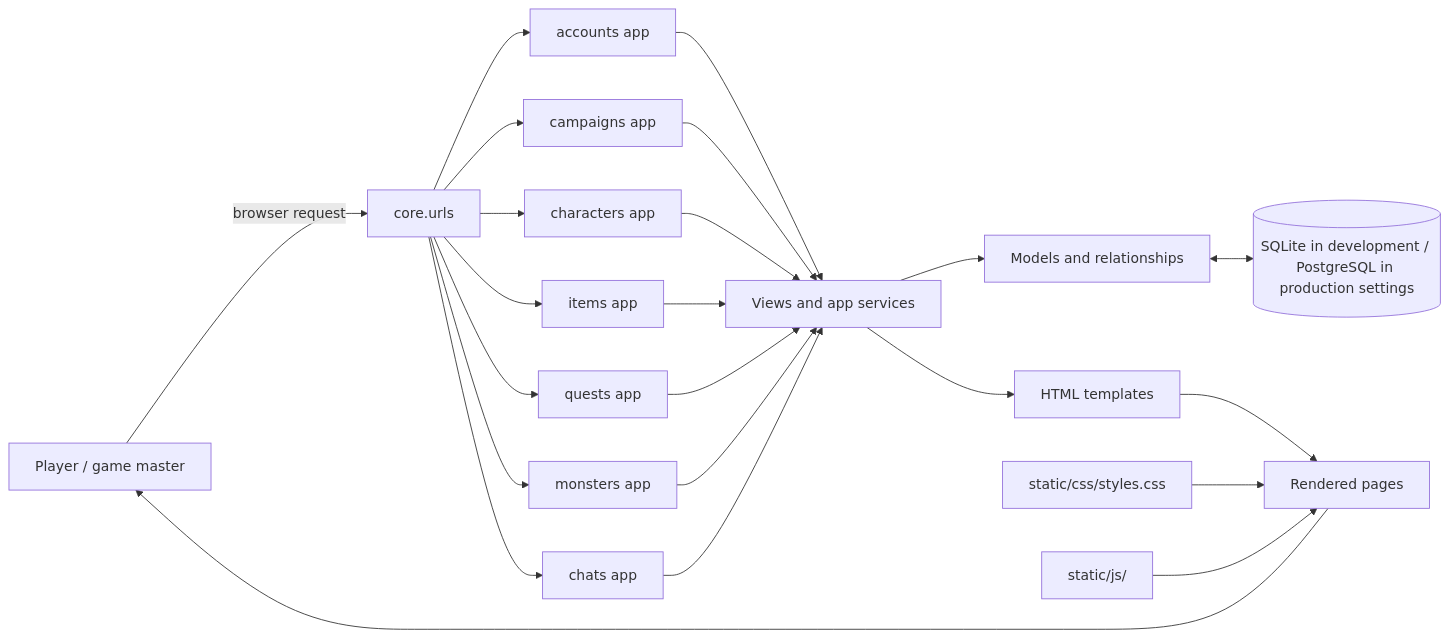
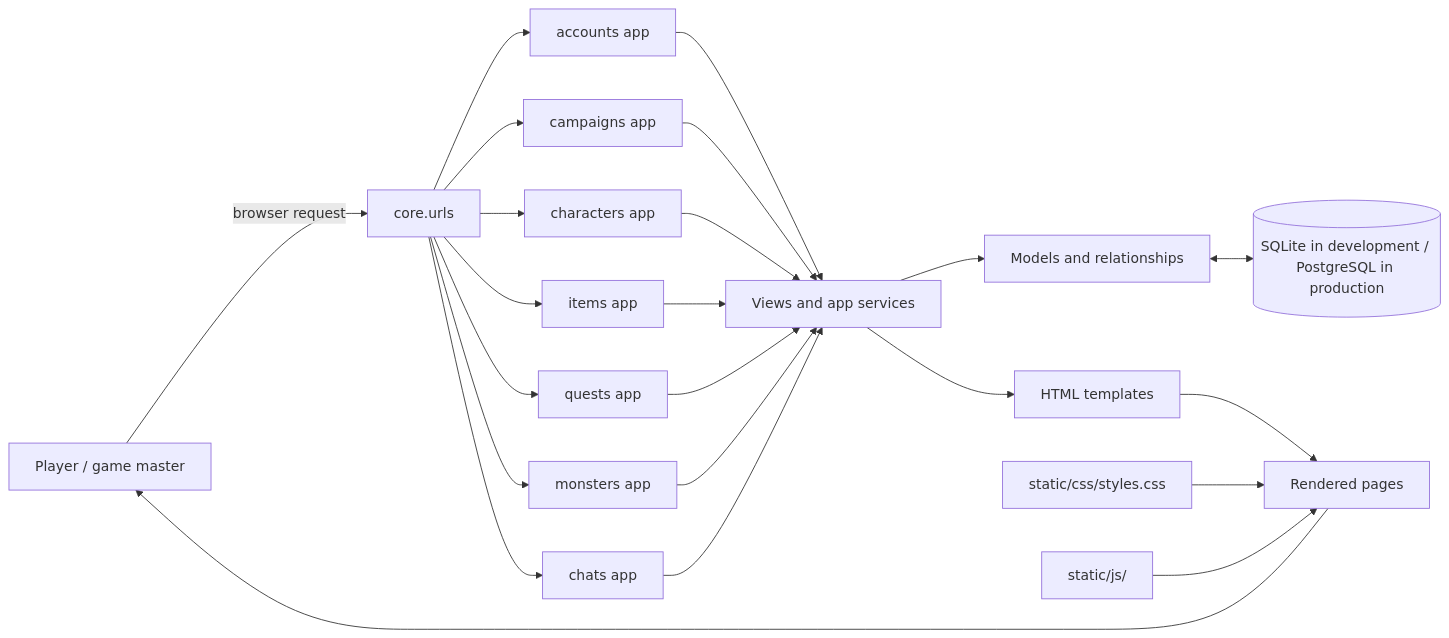
Before and after one commit to Aragorn-untold/Questforge: the first of 2 diagrams in PROJECT_OVERVIEW.md, drawn with Mermaid. The commit also changed other lines of this file and 4 other files, not shown here.

````diff
--- a/PROJECT_OVERVIEW.md
+++ b/PROJECT_OVERVIEW.md
@@ -7,27 +7,27 @@
 ```mermaid
 flowchart LR
     Player[Player / game master] -->|browser request| Routes[core.urls]
     Routes --> Accounts[accounts app]
     Routes --> Campaigns[campaigns app]
     Routes --> Characters[characters app]
     Routes --> Items[items app]
     Routes --> Quests[quests app]
     Routes --> Monsters[monsters app]
     Routes --> Chats[chats app]
 
     Accounts --> Views[Views and app services]
     Campaigns --> Views
     Characters --> Views
     Items --> Views
     Quests --> Views
     Monsters --> Views
     Chats --> Views
 
     Views --> Models[Models and relationships]
-    Models <--> Database[(SQLite in development / PostgreSQL in production settings)]
+    Models <--> Database[(SQLite in development / PostgreSQL in production)]
     Views --> Templates[HTML templates]
     Templates --> Browser[Rendered pages]
     CSS[static/css/styles.css] --> Browser
     JS[static/js/] --> Browser
     Browser --> Player
 ```
````
